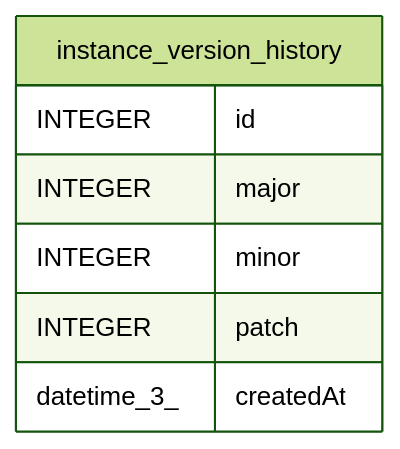
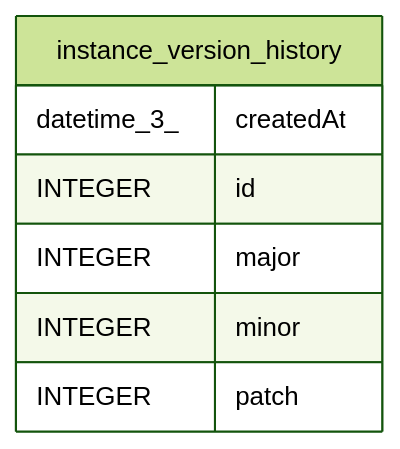
One commit to mayankjain1815-commits/n8n changed the diagram in docs/generated/sqlite-schema/instance_version_history.md. Above: the diagram before and after it, drawn with Mermaid (forest theme). The commit also changed other lines of this file and 221 other files, not shown here.

Commit message:
chore(core): Make DB schema docs generation deterministic (#32373)

````diff
--- a/docs/generated/sqlite-schema/instance_version_history.md
+++ b/docs/generated/sqlite-schema/instance_version_history.md
@@ -32,12 +32,12 @@
 ```mermaid
 erDiagram
 
 
 "instance_version_history" {
+  datetime_3_ createdAt
   INTEGER id
   INTEGER major
   INTEGER minor
   INTEGER patch
-  datetime_3_ createdAt
 }
 ```
````
